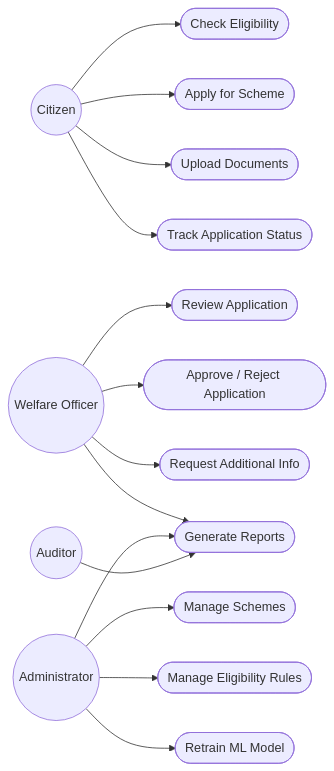
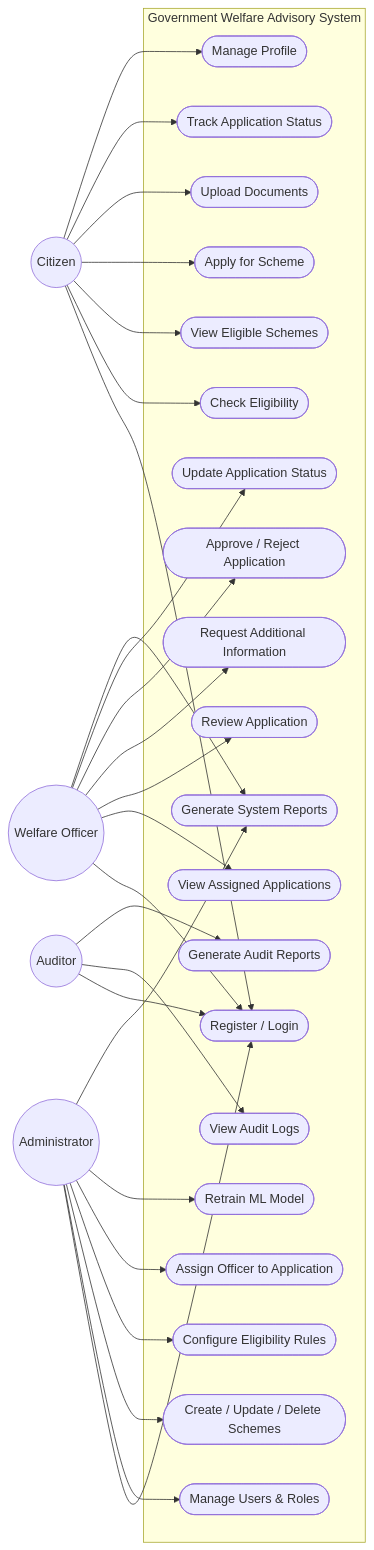
The diagram in documentation/Use_Case_Diagram.mmd (Karthi247/Government-Welfare-Advisory-System), drawn with Mermaid before and after one commit. The commit also changed 16 other files, not shown here.

```diff
--- a/documentation/Use_Case_Diagram.mmd
+++ b/documentation/Use_Case_Diagram.mmd
@@ -1,40 +1,70 @@
-%% Government Welfare Advisory System - Use Case Diagram
 flowchart LR
-  %% Actors
-  Citizen((Citizen))
-  Officer((Welfare Officer))
-  Admin((Administrator))
-  Auditor((Auditor))
 
-  %% Use Cases
-  UC1([Check Eligibility])
-  UC2([Apply for Scheme])
-  UC3([Upload Documents])
-  UC4([Track Application Status])
+%% ================= ACTORS =================
+Citizen((Citizen))
+Officer((Welfare Officer))
+Admin((Administrator))
+Auditor((Auditor))
 
-  UC5([Review Application])
-  UC6([Approve / Reject Application])
-  UC7([Request Additional Info])
+%% ================= SYSTEM BOUNDARY =================
+subgraph System["Government Welfare Advisory System"]
 
-  UC8([Manage Schemes])
-  UC9([Manage Eligibility Rules])
-  UC10([Retrain ML Model])
-  UC11([Generate Reports])
+    %% -------- Citizen Use Cases --------
+    UC_Login([Register / Login])
+    UC_Check([Check Eligibility])
+    UC_ViewSchemes([View Eligible Schemes])
+    UC_Apply([Apply for Scheme])
+    UC_Upload([Upload Documents])
+    UC_Track([Track Application Status])
+    UC_UpdateProfile([Manage Profile])
 
-  %% Associations
-  Citizen --> UC1
-  Citizen --> UC2
-  Citizen --> UC3
-  Citizen --> UC4
+    %% -------- Officer Use Cases --------
+    UC_ViewAssigned([View Assigned Applications])
+    UC_Review([Review Application])
+    UC_RequestInfo([Request Additional Information])
+    UC_ApproveReject([Approve / Reject Application])
+    UC_UpdateStatus([Update Application Status])
 
-  Officer --> UC5
-  Officer --> UC6
-  Officer --> UC7
-  Officer --> UC11
+    %% -------- Admin Use Cases --------
+    UC_ManageUsers([Manage Users & Roles])
+    UC_ManageSchemes([Create / Update / Delete Schemes])
+    UC_ManageRules([Configure Eligibility Rules])
+    UC_AssignOfficer([Assign Officer to Application])
+    UC_RetrainModel([Retrain ML Model])
+    UC_SystemReports([Generate System Reports])
 
-  Admin --> UC8
-  Admin --> UC9
-  Admin --> UC10
-  Admin --> UC11
+    %% -------- Auditor Use Cases --------
+    UC_ViewLogs([View Audit Logs])
+    UC_AuditReports([Generate Audit Reports])
 
-  Auditor --> UC11
+end
+
+%% ================= RELATIONSHIPS =================
+
+Citizen --> UC_Login
+Citizen --> UC_Check
+Citizen --> UC_ViewSchemes
+Citizen --> UC_Apply
+Citizen --> UC_Upload
+Citizen --> UC_Track
+Citizen --> UC_UpdateProfile
+
+Officer --> UC_Login
+Officer --> UC_ViewAssigned
+Officer --> UC_Review
+Officer --> UC_RequestInfo
+Officer --> UC_ApproveReject
+Officer --> UC_UpdateStatus
+Officer --> UC_SystemReports
+
+Admin --> UC_Login
+Admin --> UC_ManageUsers
+Admin --> UC_ManageSchemes
+Admin --> UC_ManageRules
+Admin --> UC_AssignOfficer
+Admin --> UC_RetrainModel
+Admin --> UC_SystemReports
+
+Auditor --> UC_Login
+Auditor --> UC_ViewLogs
+Auditor --> UC_AuditReports
```
